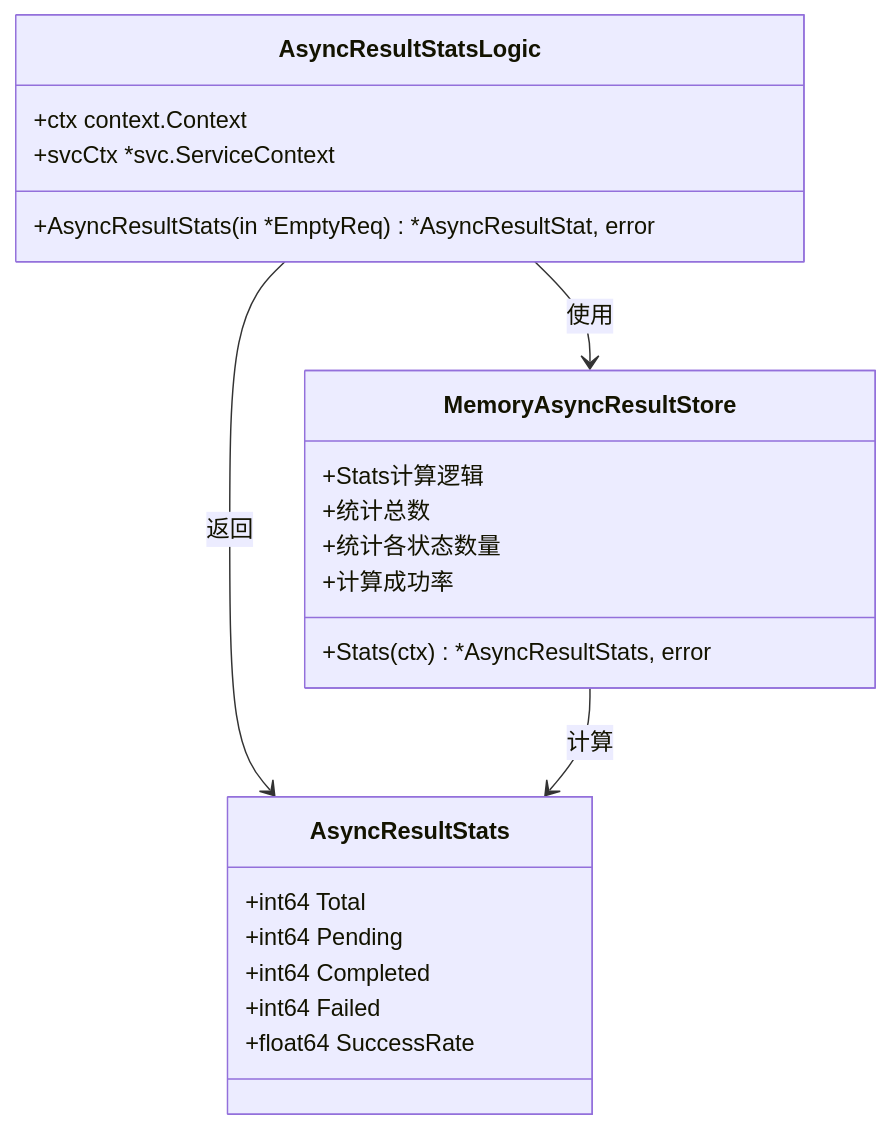
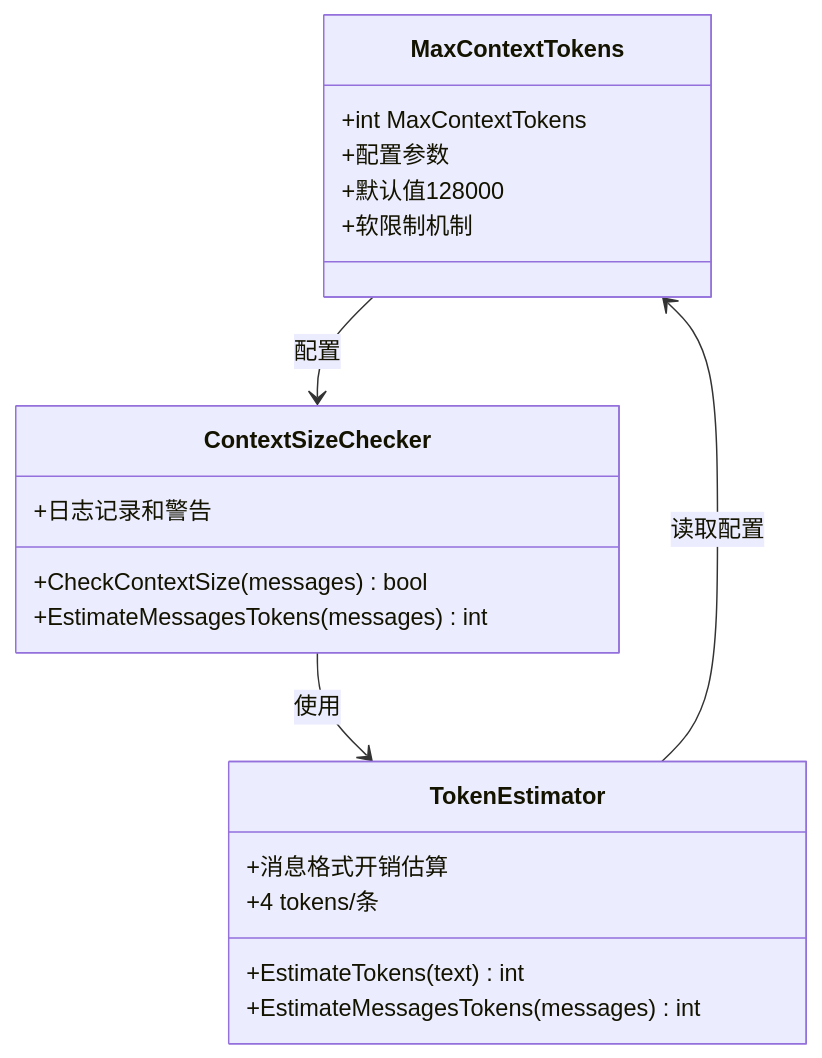
The sixth of 12 diagrams in .qoder/repowiki/zh/content/核心服务详解/AI聊天服务.md (maomao94/zero-service), drawn with Mermaid before and after one commit. The commit also changed other lines of this file and 48 other files, not shown here.

````diff
--- a/.qoder/repowiki/zh/content/核心服务详解/AI聊天服务.md
+++ b/.qoder/repowiki/zh/content/核心服务详解/AI聊天服务.md
@@ -610,25 +746,23 @@
 ```mermaid
 classDiagram
-class AsyncResultStatsLogic {
-+ctx context.Context
-+svcCtx *svc.ServiceContext
-+AsyncResultStats(in *EmptyReq) *AsyncResultStat, error
+class MaxContextTokens {
++int MaxContextTokens
++配置参数
++默认值128000
++软限制机制
 }
-class AsyncResultStats {
-+int64 Total
-+int64 Pending
-+int64 Completed
-+int64 Failed
-+float64 SuccessRate
+class ContextSizeChecker {
++CheckContextSize(messages) bool
++EstimateMessagesTokens(messages) int
++日志记录和警告
 }
-class MemoryAsyncResultStore {
-+Stats(ctx) *AsyncResultStats, error
-+Stats计算逻辑
-+统计总数
-+统计各状态数量
-+计算成功率
+class TokenEstimator {
++EstimateTokens(text) int
++EstimateMessagesTokens(messages) int
++消息格式开销估算
++4 tokens/条
 }
-AsyncResultStatsLogic --> AsyncResultStats : 返回
-AsyncResultStatsLogic --> MemoryAsyncResultStore : 使用
-MemoryAsyncResultStore --> AsyncResultStats : 计算
+MaxContextTokens --> ContextSizeChecker : 配置
+ContextSizeChecker --> TokenEstimator : 使用
+TokenEstimator --> MaxContextTokens : 读取配置
 ```
````
